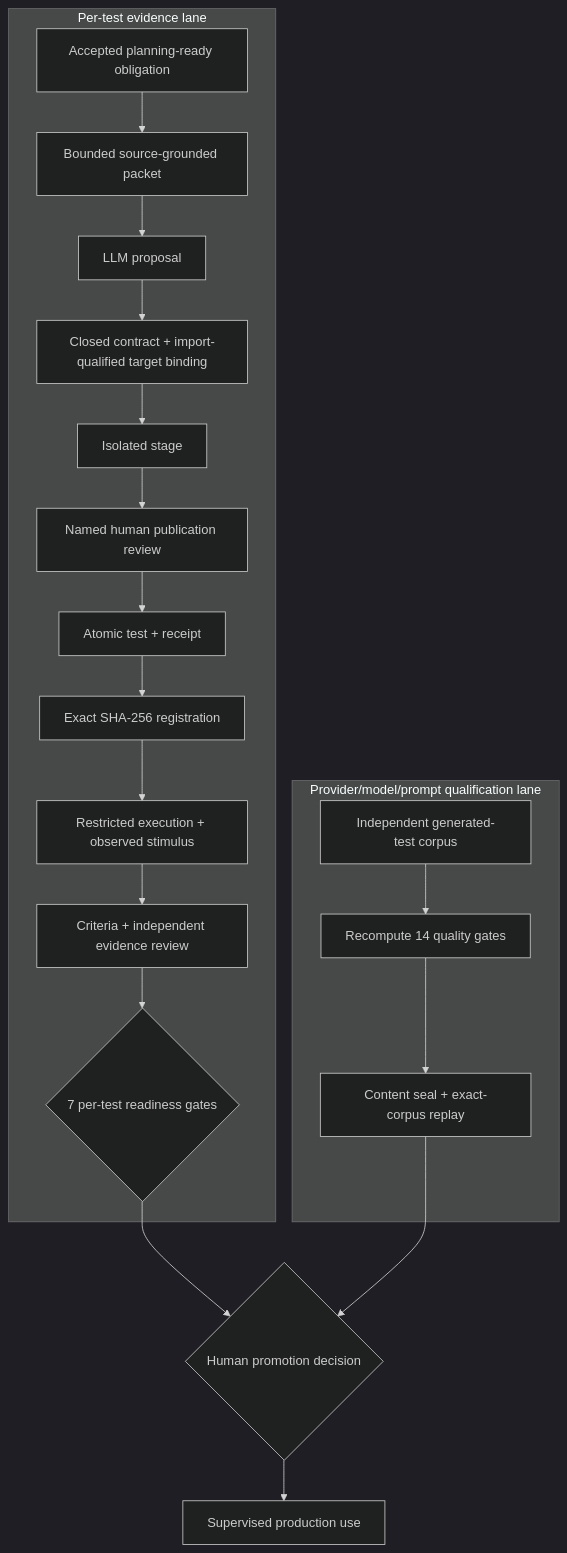
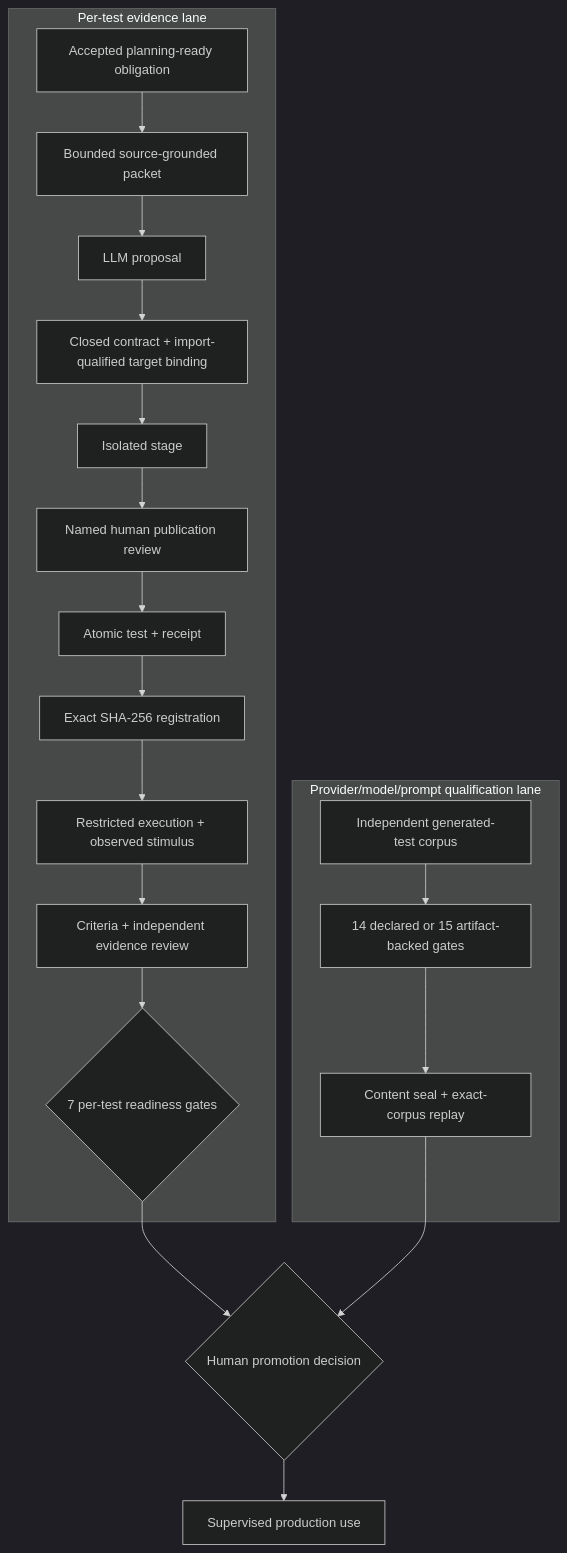
Before and after one commit to willtran87/project-py-sfmea: the third of 4 diagrams in README.md, drawn with Mermaid (dark theme). The commit also changed other lines of this file and 17 other files, not shown here.

Commit message:
Add artifact-backed generated-test qualification

````diff
--- a/README.md
+++ b/README.md
@@ -1728,22 +1728,22 @@
 ```mermaid
 flowchart TB
   subgraph TEST["Per-test evidence lane"]
     A["Accepted planning-ready obligation"] --> B["Bounded source-grounded packet"]
     B --> C["LLM proposal"]
     C --> D["Closed contract + import-qualified target binding"]
     D --> E["Isolated stage"]
     E --> F["Named human publication review"]
     F --> G["Atomic test + receipt"]
     G --> H["Exact SHA-256 registration"]
     H --> I["Restricted execution + observed stimulus"]
     I --> J["Criteria + independent evidence review"]
     J --> K{"7 per-test readiness gates"}
   end
   subgraph MODEL["Provider/model/prompt qualification lane"]
-    Q["Independent generated-test corpus"] --> R["Recompute 14 quality gates"]
+    Q["Independent generated-test corpus"] --> R["14 declared or 15 artifact-backed gates"]
     R --> S["Content seal + exact-corpus replay"]
   end
   K --> P{"Human promotion decision"}
   S --> P
   P --> U["Supervised production use"]
 ```
````
